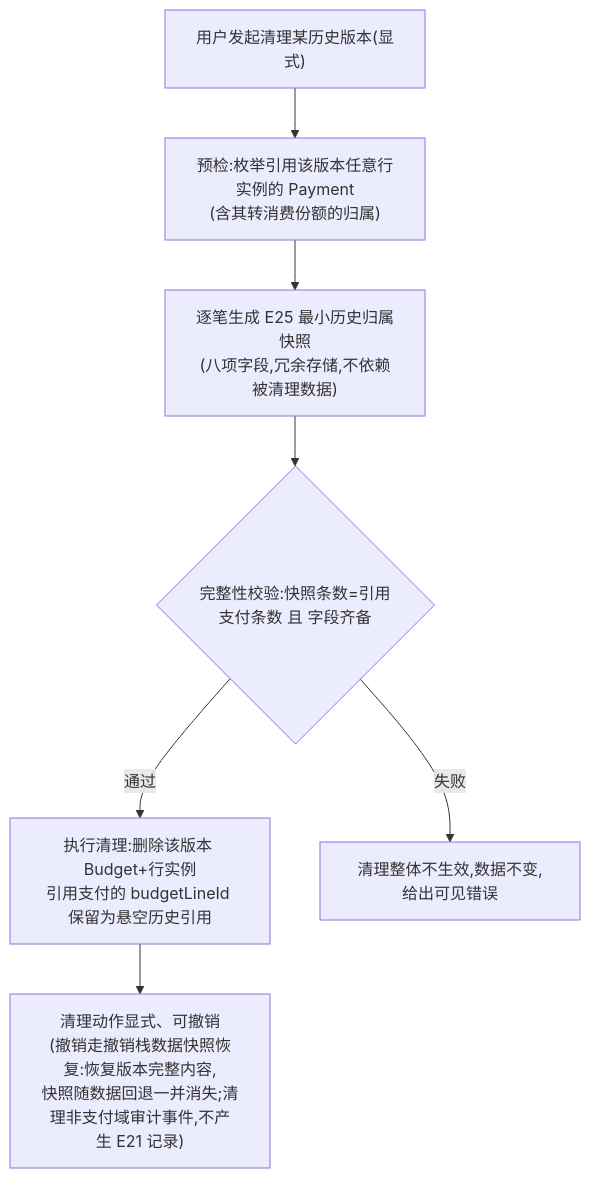
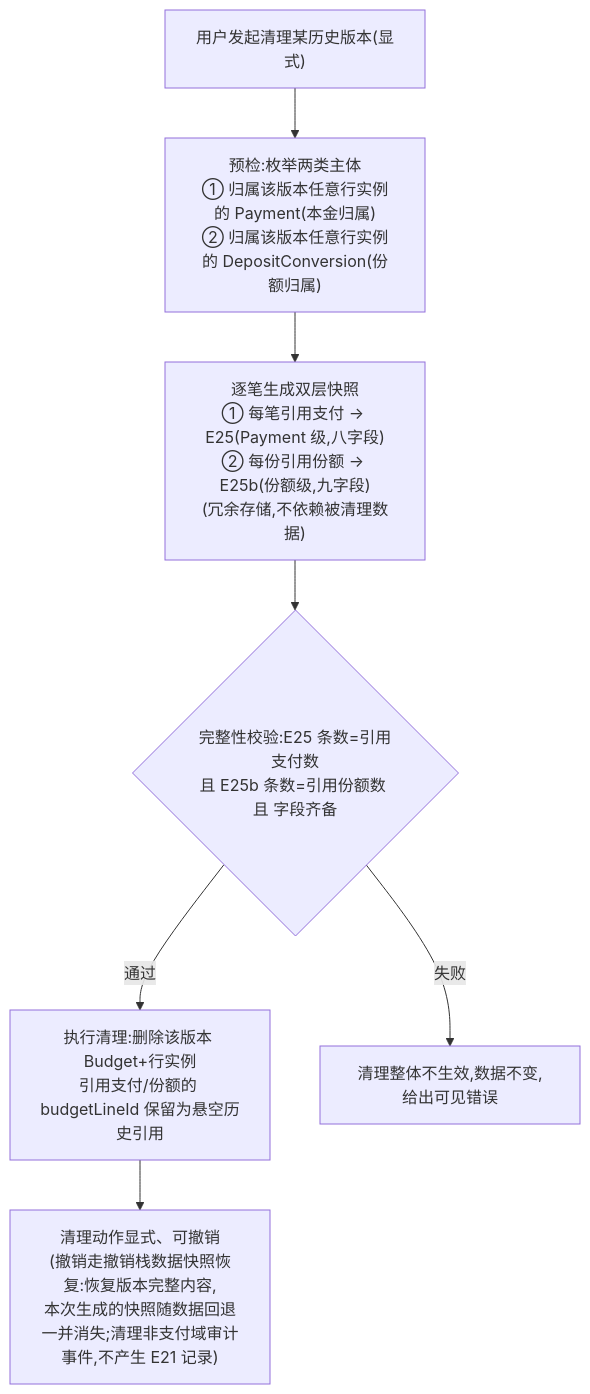
The ninth of 9 diagrams in docs/domain-model-v1.md (summax/trip-scope), drawn with Mermaid before and after one commit. The commit also changed other lines of this file and 3 other files, not shown here.

````diff
--- a/docs/domain-model-v1.md
+++ b/docs/domain-model-v1.md
@@ -953,9 +1016,9 @@
 ```mermaid
 flowchart TD
-    A["用户发起清理某历史版本(显式)"] --> B["预检:枚举引用该版本任意行实例的 Payment<br/>(含其转消费份额的归属)"]
-    B --> C["逐笔生成 E25 最小历史归属快照<br/>(八项字段,冗余存储,不依赖被清理数据)"]
-    C --> D{"完整性校验:快照条数=引用支付条数 且 字段齐备"}
-    D -->|通过| E["执行清理:删除该版本 Budget+行实例<br/>引用支付的 budgetLineId 保留为悬空历史引用"]
+    A["用户发起清理某历史版本(显式)"] --> B["预检:枚举两类主体<br/>① 归属该版本任意行实例的 Payment(本金归属)<br/>② 归属该版本任意行实例的 DepositConversion(份额归属)"]
+    B --> C["逐笔生成双层快照<br/>① 每笔引用支付 → E25(Payment 级,八字段)<br/>② 每份引用份额 → E25b(份额级,九字段)<br/>(冗余存储,不依赖被清理数据)"]
+    C --> D{"完整性校验:E25 条数=引用支付数<br/>且 E25b 条数=引用份额数 且 字段齐备"}
+    D -->|通过| E["执行清理:删除该版本 Budget+行实例<br/>引用支付/份额的 budgetLineId 保留为悬空历史引用"]
     D -->|失败| F["清理整体不生效,数据不变,给出可见错误"]
-    E --> G["清理动作显式、可撤销<br/>(撤销走撤销栈数据快照恢复:恢复版本完整内容,<br/>快照随数据回退一并消失;清理非支付域审计事件,不产生 E21 记录)"]
+    E --> G["清理动作显式、可撤销<br/>(撤销走撤销栈数据快照恢复:恢复版本完整内容,<br/>本次生成的快照随数据回退一并消失;清理非支付域审计事件,不产生 E21 记录)"]
 ```
````
